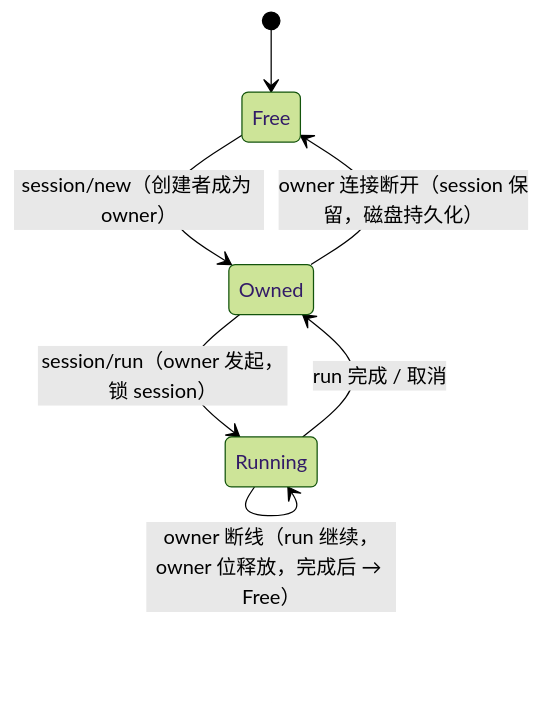
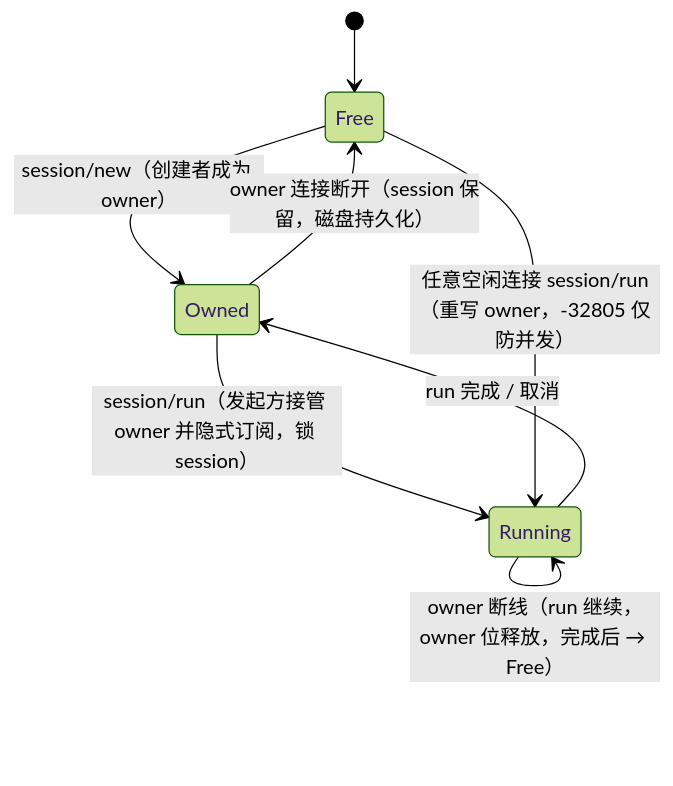
Before and after one commit to JeillZhang/agentj: the third of 4 diagrams in docs/superpowers/specs/2026-08-15-agentj-daemon-kernel-design.md, drawn with Mermaid (forest theme). The commit also changed other lines of this file and 1 other file, not shown here.

````diff
--- a/docs/superpowers/specs/2026-08-15-agentj-daemon-kernel-design.md
+++ b/docs/superpowers/specs/2026-08-15-agentj-daemon-kernel-design.md
@@ -150,11 +170,12 @@
 ```mermaid
 stateDiagram-v2
     [*] --> Free
     Free --> Owned: session/new（创建者成为 owner）
-    Owned --> Running: session/run（owner 发起，锁 session）
+    Owned --> Running: session/run（发起方接管 owner 并隐式订阅，锁 session）
     Running --> Owned: run 完成 / 取消
     Owned --> Free: owner 连接断开（session 保留，磁盘持久化）
+    Free --> Running: 任意空闲连接 session/run（重写 owner，-32805 仅防并发）
     Running --> Running: 其他客户端 session/subscribe（只读观测）
-    Running --> Running: 非 owner session/run → -32805 SessionBusy
+    Running --> Running: 并发 session/run → -32805 SessionBusy
     Running --> Running: owner 断线（run 继续，owner 位释放，完成后 → Free）
 ```
````
